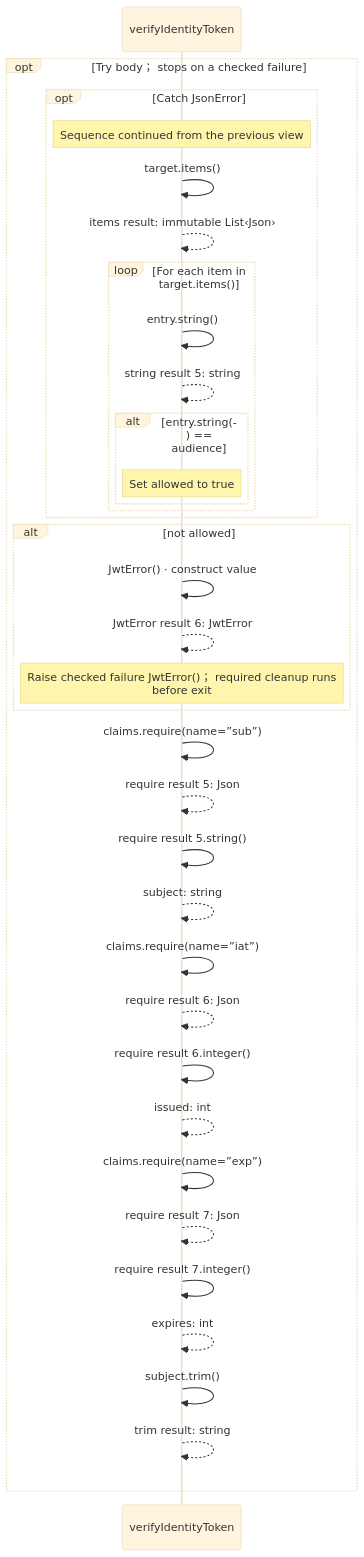
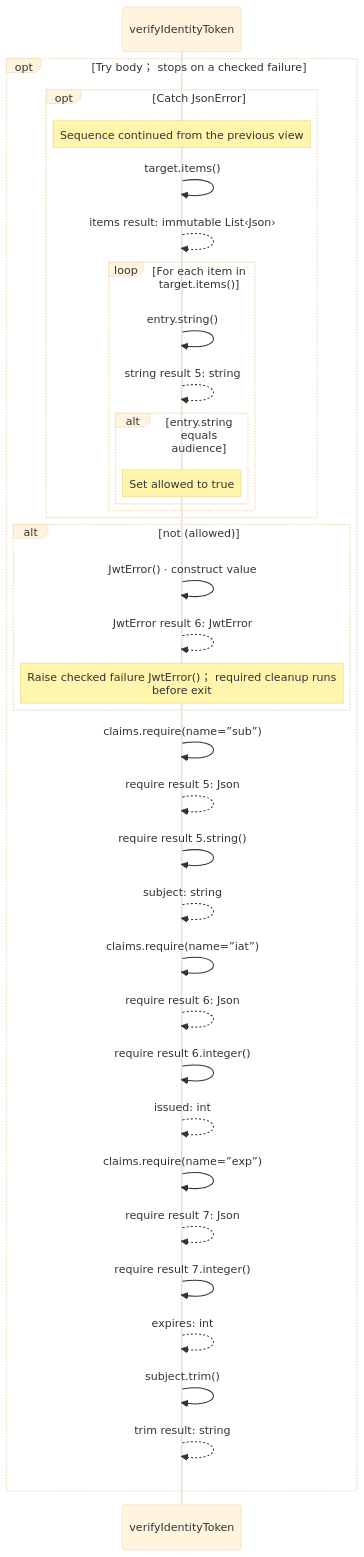
Before and after one commit to GreenPandaStudios/augscript: diagram 17 of 20 in src/stdlib/crypto/jose.aug.diagrams.md, drawn with Mermaid (base theme). The commit also changed other lines of this file and 658 other files, not shown here.

````diff
--- a/src/stdlib/crypto/jose.aug.diagrams.md
+++ b/src/stdlib/crypto/jose.aug.diagrams.md
@@ -467,38 +511,38 @@
 ```mermaid
 sequenceDiagram
     participant p0 as verifyIdentityToken
 
     opt Try body； stops on a checked failure
     opt Catch JsonError
     Note over p0: Sequence continued from the previous view
     p0->>p0: target.items()
     p0-->>p0: items result: immutable List‹Json›
     loop For each item in target.items()
     p0->>p0: entry.string()
     p0-->>p0: string result 5: string
-    alt entry.string() == audience
+    alt entry.string equals audience
     Note over p0: Set allowed to true
     end
     end
     end
-    alt not allowed
+    alt not (allowed)
     p0->>p0: JwtError() · construct value
     p0-->>p0: JwtError result 6: JwtError
     Note over p0: Raise checked failure JwtError()； required cleanup runs<br/>before exit
     end
     p0->>p0: claims.require(name=”sub”)
     p0-->>p0: require result 5: Json
     p0->>p0: require result 5.string()
     p0-->>p0: subject: string
     p0->>p0: claims.require(name=”iat”)
     p0-->>p0: require result 6: Json
     p0->>p0: require result 6.integer()
     p0-->>p0: issued: int
     p0->>p0: claims.require(name=”exp”)
     p0-->>p0: require result 7: Json
     p0->>p0: require result 7.integer()
     p0-->>p0: expires: int
     p0->>p0: subject.trim()
     p0-->>p0: trim result: string
     end
 ```
````
